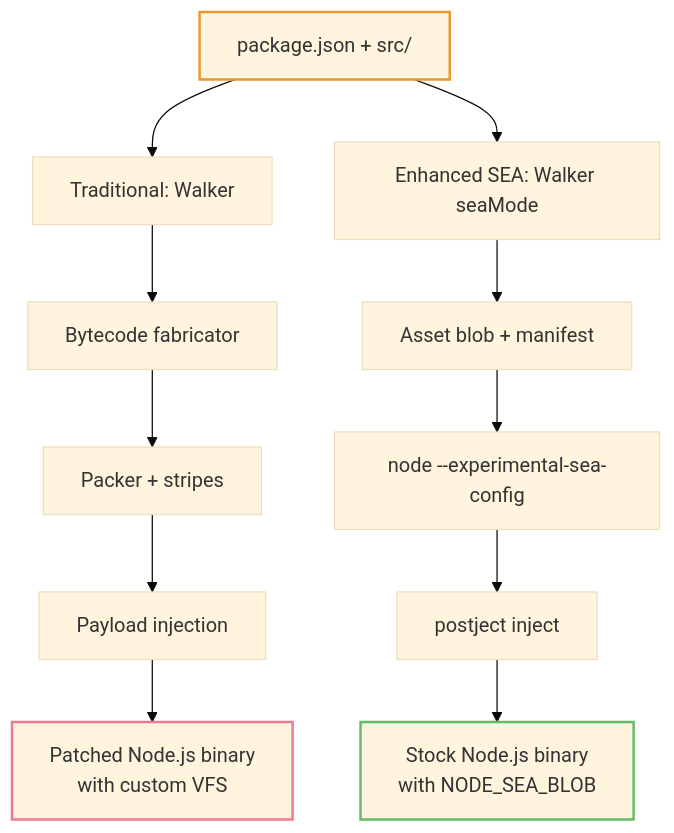
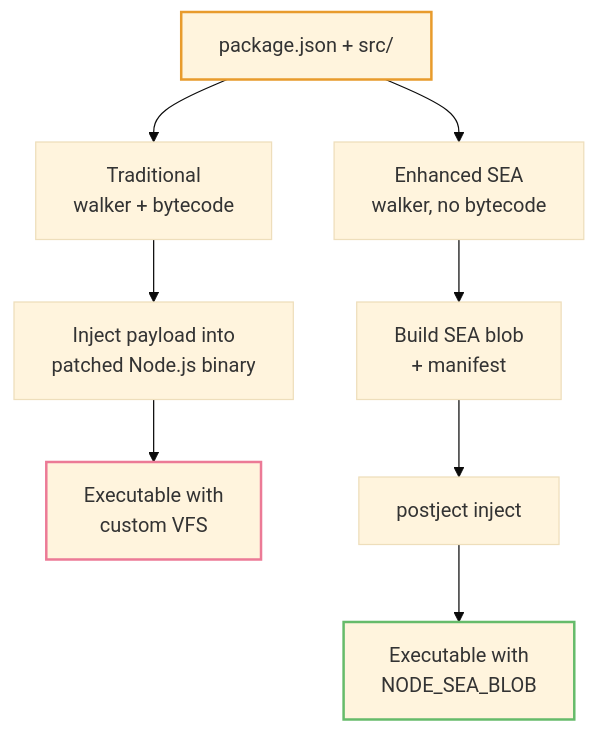
The first of 2 diagrams in docs-site/architecture.md (yao-pkg/pkg), drawn with Mermaid (base theme) before and after one commit. The commit also changed other lines of this file and 8 other files, not shown here.

First line of the commit message:
docs: trim docs-site verbosity and split architecture doc

````diff
--- a/docs-site/architecture.md
+++ b/docs-site/architecture.md
@@ -14,21 +26,18 @@
 ```mermaid
 flowchart TD
     P["package.json + src/"]
 
-    P --> T1["Traditional: Walker"]
-    P --> S1["Enhanced SEA: Walker seaMode"]
+    P --> T1["Traditional<br/>walker + bytecode"]
+    P --> S1["Enhanced SEA<br/>walker, no bytecode"]
 
-    T1 --> T2["Bytecode fabricator"]
-    T2 --> T3["Packer + stripes"]
-    T3 --> T4["Payload injection"]
-    T4 --> TB["Patched Node.js binary<br/>with custom VFS"]
+    T1 --> T2["Inject payload into<br/>patched Node.js binary"]
+    T2 --> TB["Executable with<br/>custom VFS"]
 
-    S1 --> S2["Asset blob + manifest"]
-    S2 --> S3["node --experimental-sea-config"]
-    S3 --> S4["postject inject"]
-    S4 --> SB["Stock Node.js binary<br/>with NODE_SEA_BLOB"]
+    S1 --> S2["Build SEA blob<br/>+ manifest"]
+    S2 --> S3["postject inject"]
+    S3 --> SB["Executable with<br/>NODE_SEA_BLOB"]
 
     style P stroke:#e89b2c,stroke-width:2px
     style TB stroke:#ec7a96,stroke-width:2px
     style SB stroke:#66bb6a,stroke-width:2px
 ```
````
